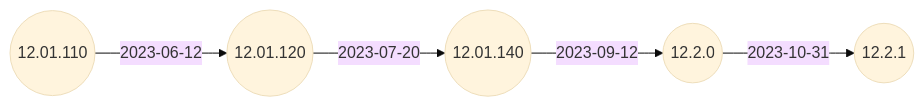
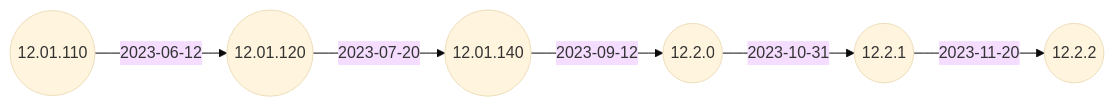
The second of 2 diagrams in docs/Docs/ReleaseNotes/04-OS12/README.md (IGEL-Community/IGEL-Docs-v02), drawn with Mermaid (base theme) before and after one commit. The commit also changed 2 other files, not shown here.

Commit message:
12.2.2 < 12.2.1

````diff
--- a/docs/Docs/ReleaseNotes/04-OS12/README.md
+++ b/docs/Docs/ReleaseNotes/04-OS12/README.md
@@ -33,12 +33,14 @@
 ```mermaid
 flowchart LR
+    12.2.1-- 2023-11-20 -->12.2.2((12.2.2))
     12.2.0-- 2023-10-31 -->12.2.1((12.2.1))
     12.01.140-- 2023-09-12 -->12.2.0((12.2.0))
     12.01.120-- 2023-07-20 -->12.01.140((12.01.140))
     12.01.110((12.01.110))-- 2023-06-12 -->12.01.120((12.01.120))
+    click 12.2.2 "https://github.com/IGEL-Community/IGEL-Docs-v02/tree/main/docs/Docs/ReleaseNotes/04-OS12/readme12.2.2.txt" _blank
     click 12.2.1 "https://github.com/IGEL-Community/IGEL-Docs-v02/tree/main/docs/Docs/ReleaseNotes/04-OS12/readme12.2.1.txt" _blank
     click 12.2.0 "https://github.com/IGEL-Community/IGEL-Docs-v02/tree/main/docs/Docs/ReleaseNotes/04-OS12/readme12.2.0.txt" _blank
     click 12.01.140 "https://github.com/IGEL-Community/IGEL-Docs-v02/tree/main/docs/Docs/ReleaseNotes/04-OS12/readme12.01.140.1.txt" _blank
     click 12.01.120 "https://github.com/IGEL-Community/IGEL-Docs-v02/tree/main/docs/Docs/ReleaseNotes/04-OS12/readme12.01.120.1.txt" _blank
     click 12.01.110 "https://github.com/IGEL-Community/IGEL-Docs-v02/tree/main/docs/Docs/ReleaseNotes/04-OS12/readme12.01.110.1.txt" _blank
 ```
````
